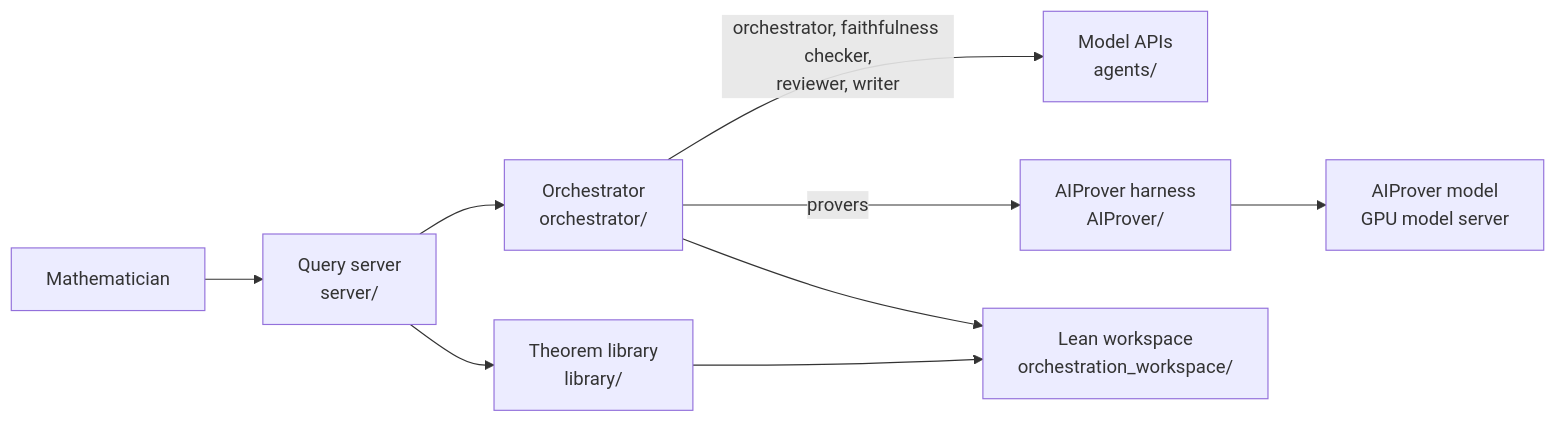
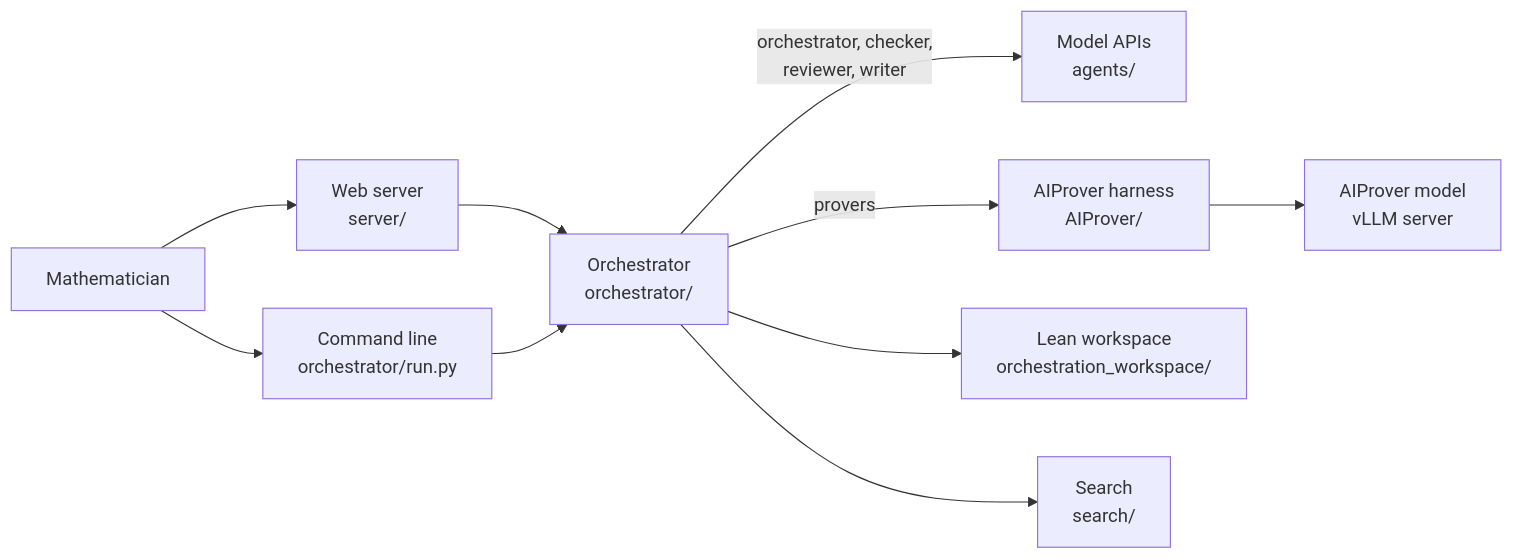
The diagram in README.md (Logan-Cole-Luna/aiprover-orchestration), drawn with Mermaid before and after one commit. The commit also changed other lines of this file and 70 other files, not shown here.

Commit message:
f/ Deployment settings, command-line parity, and guides

````diff
--- a/README.md
+++ b/README.md
@@ -223,11 +142,12 @@
 ```mermaid
 flowchart LR
-    M[Mathematician] --> S[Query server<br/>server/]
+    M[Mathematician] --> S[Web server<br/>server/]
+    M --> CLI[Command line<br/>orchestrator/run.py]
     S --> O[Orchestrator<br/>orchestrator/]
-    S --> L[Theorem library<br/>library/]
-    O -->|orchestrator, faithfulness checker,<br/>reviewer, writer| C[Model APIs<br/>agents/]
+    CLI --> O
+    O -->|orchestrator, checker,<br/>reviewer, writer| C[Model APIs<br/>agents/]
     O -->|provers| A[AIProver harness<br/>AIProver/]
-    A --> V[AIProver model<br/>GPU model server]
+    A --> V[AIProver model<br/>vLLM server]
     O --> W[Lean workspace<br/>orchestration_workspace/]
-    L --> W
+    O --> P[Search<br/>search/]
 ```
````
